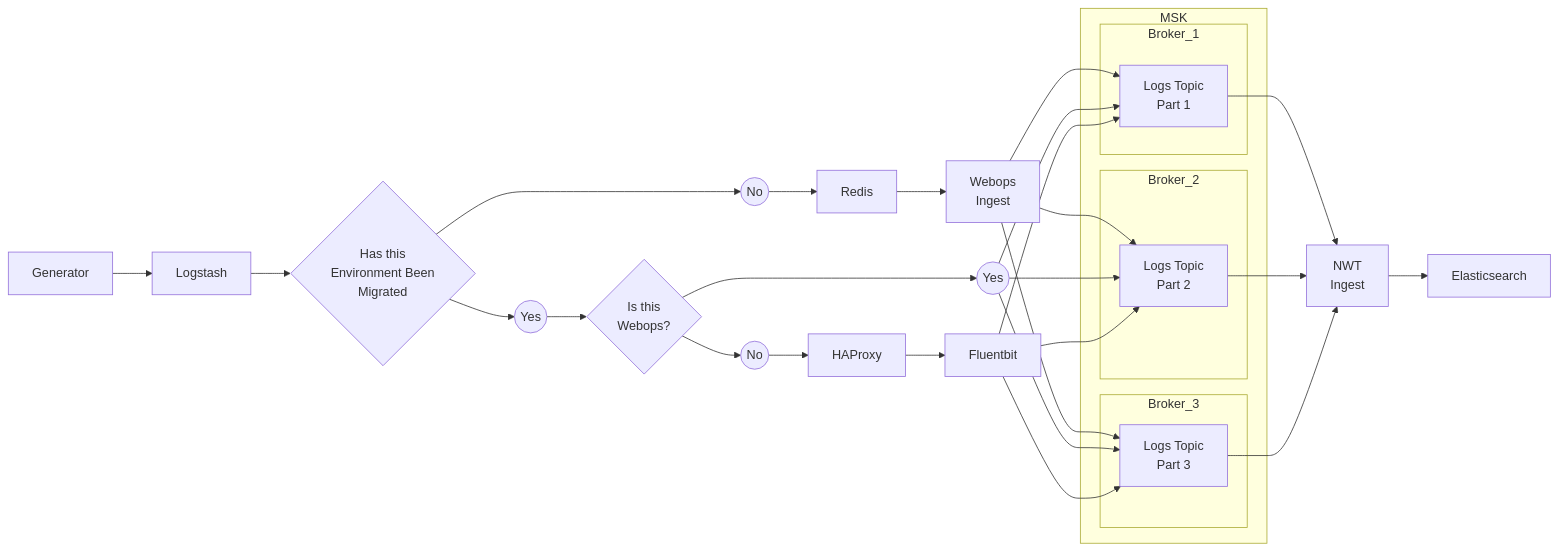
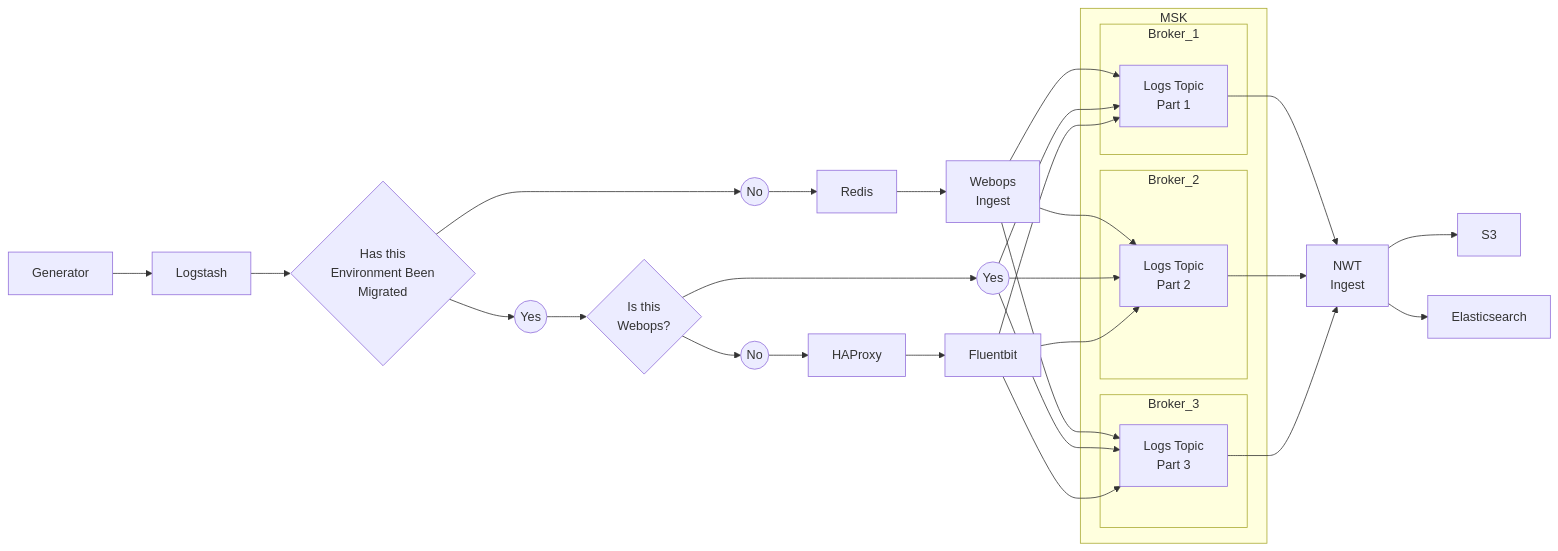
One commit to Saskia-MDTP/can-hedgehogs-fly changed the second of 2 diagrams in README.md. Above: the diagram before and after it, drawn with Mermaid.

````diff
--- a/README.md
+++ b/README.md
@@ -15,37 +15,38 @@
 ```mermaid
   graph LR;
       subgraph MSK
           subgraph Broker_1
               P1[Logs Topic<br/>Part 1];
            end
           subgraph Broker_2
               P2[Logs Topic<br/>Part 2];
            end
           subgraph Broker_3
               P3[Logs Topic<br/>Part 3];
            end
        end
    Generator-->Logstash;
    Logstash-->Q1{Has this<br/>Environment Been<br/>Migrated};
    Q1-->Y1((Yes));
    Q1-->N1((No));
    N1-->Redis-->I1[Webops<br/>Ingest];
    I1-->P1;
    I1-->P2;
    I1-->P3;
    Y1-->Q2{Is this<br/>Webops?};
    Q2-->Y2((Yes));
    Q2-->N2((No));
    Y2-->P1;
    Y2-->P2;
    Y2-->P3;
    N2-->HAProxy-->Fluentbit;
    Fluentbit-->P1;
    Fluentbit-->P2;
    Fluentbit-->P3;
    I2[NWT<br/>Ingest];
    P1-->I2;
    P2-->I2;
    P3-->I2;
+   I2-->S3;
    I2-->Elasticsearch;
 ```
````
